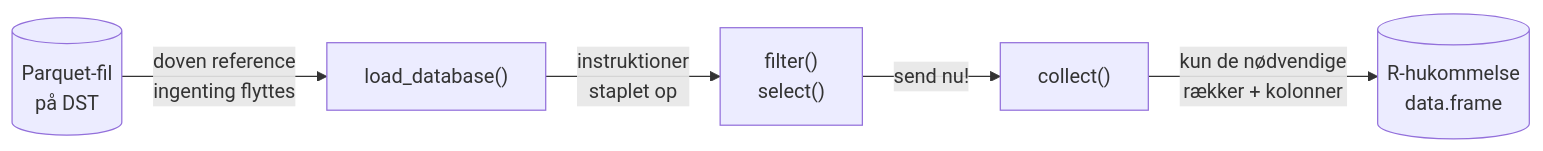
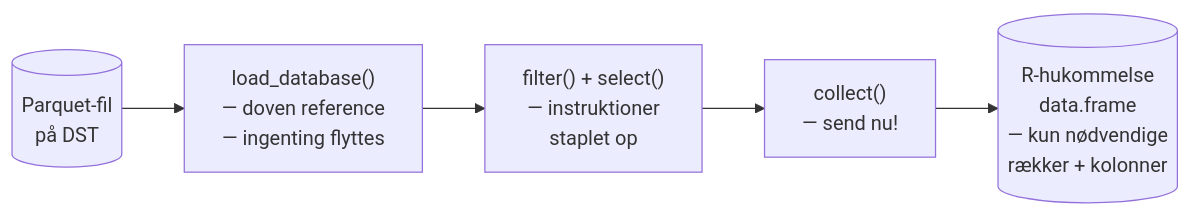
One commit to saras-clin/BSDemens changed the first of 3 diagrams in docs/getting-started-dst.qmd. Above: the diagram before and after it, drawn with Mermaid.

Commit message:
Move Mermaid edge labels into nodes for readable font size

````diff
--- a/docs/getting-started-dst.qmd
+++ b/docs/getting-started-dst.qmd
@@ -181,13 +181,10 @@
 ```{mermaid}
 flowchart LR
     P[("Parquet-fil\npå DST")]
-    L["load_database()"]
-    F["filter()\nselect()"]
-    C["collect()"]
-    R[("R-hukommelse\ndata.frame")]
+    A["load_database()\n— doven reference\n— ingenting flyttes"]
+    B["filter() + select()\n— instruktioner\n  staplet op"]
+    C["collect()\n— send nu!"]
+    R[("R-hukommelse\ndata.frame\n— kun nødvendige\n  rækker + kolonner")]
 
-    P -->|"doven reference\ningenting flyttes"| L
-    L -->|"instruktioner\nstaplet op"| F
-    F -->|"send nu!"| C
-    C -->|"kun de nødvendige\nrækker + kolonner"| R
+    P --> A --> B --> C --> R
 ```
````
